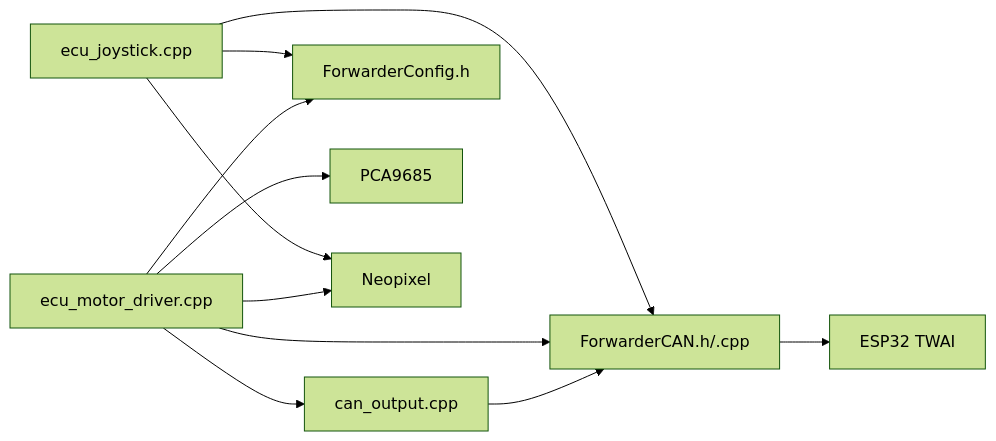
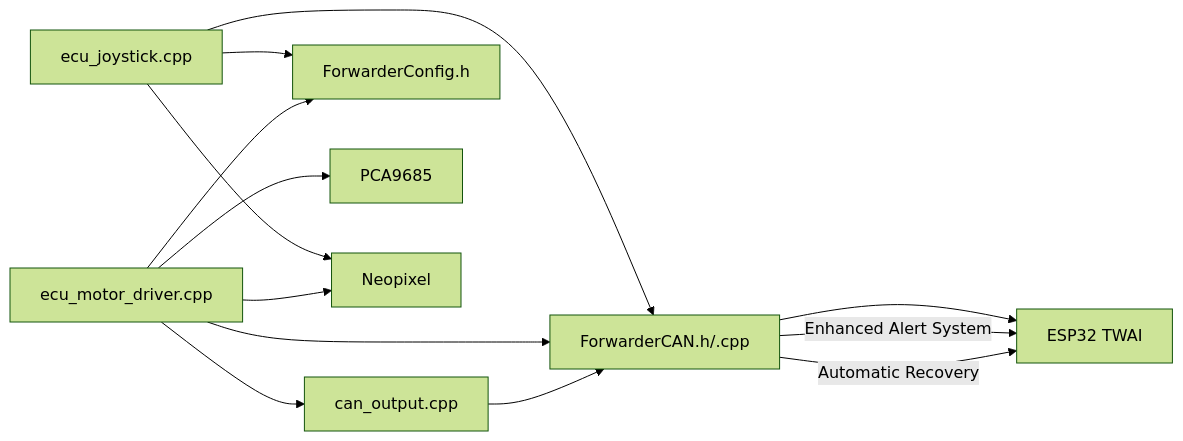
Before and after one commit to gunicsba/ESP_CAN_ECU_joystick_collection: the fifth of 8 diagrams in .qoder/repowiki/en/content/CAN Protocol Implementation/CAN Protocol Implementation.md, drawn with Mermaid (forest theme). The commit also changed other lines of this file and 15 other files, not shown here.

````diff
--- a/.qoder/repowiki/en/content/CAN Protocol Implementation/CAN Protocol Implementation.md
+++ b/.qoder/repowiki/en/content/CAN Protocol Implementation/CAN Protocol Implementation.md
@@ -320,13 +391,15 @@
 ```mermaid
 graph LR
 JS["ecu_joystick.cpp"] --> FC["ForwarderCAN.h/.cpp"]
 MD["ecu_motor_driver.cpp"] --> FC
 CO["can_output.cpp"] --> FC
 MD --> CO
 JS --> CFG["ForwarderConfig.h"]
 MD --> CFG
 FC --> ESP["ESP32 TWAI"]
+FC --> |"Enhanced Alert System"| ESP
+FC --> |"Automatic Recovery"| ESP
 MD --> PCA["PCA9685"]
 JS --> LED["Neopixel"]
 MD --> LED
 ```
````
